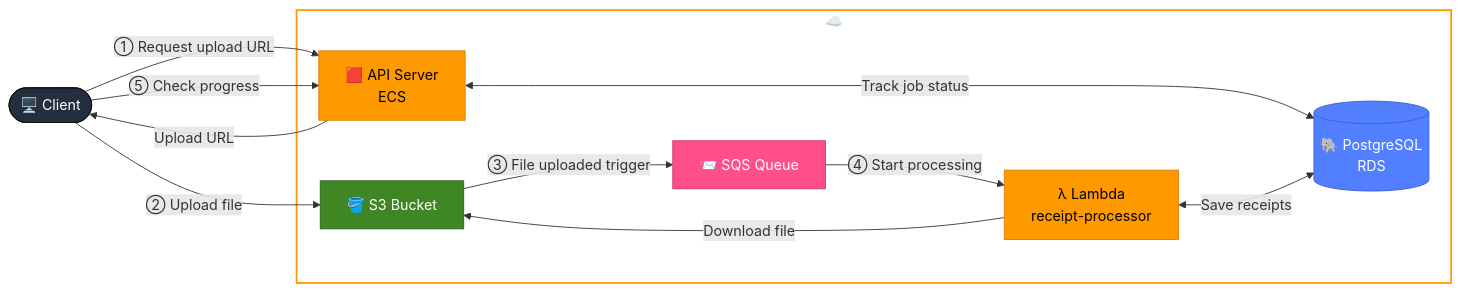
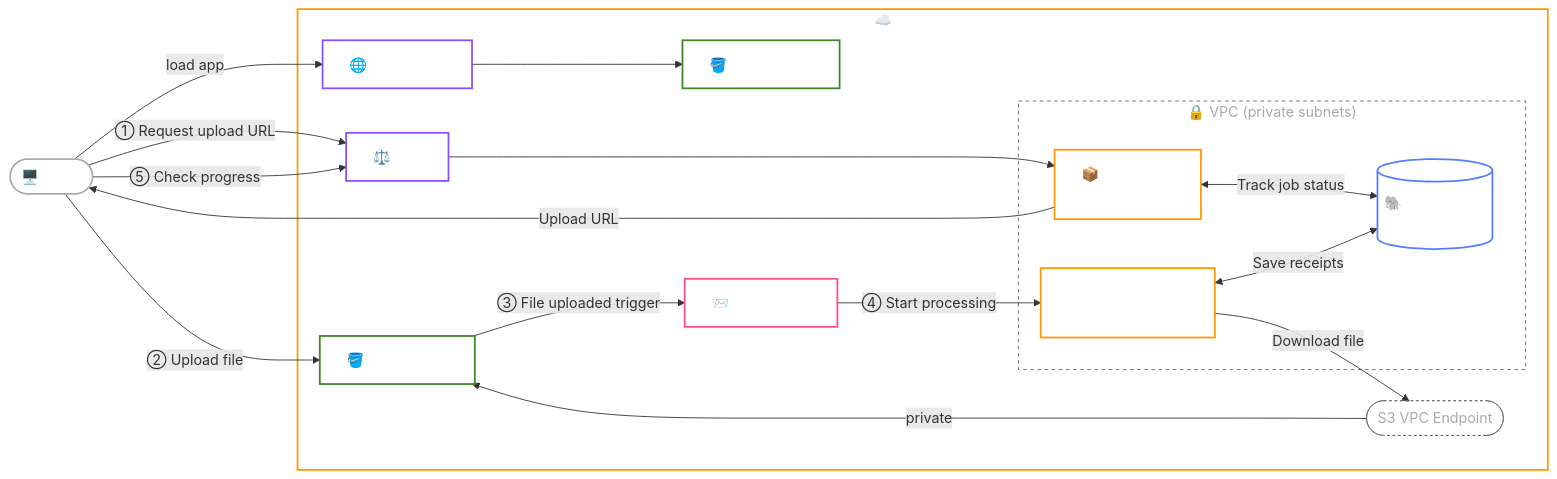
The diagram in README.md (ben-hamel/benstack-aws), drawn with Mermaid before and after one commit. The commit also changed other lines of this file, not shown here.

Commit message:
docs(readme): update architecture diagram with VPC, CloudFront, and ALB

````diff
--- a/README.md
+++ b/README.md
@@ -11,38 +11,56 @@
 ```mermaid
 flowchart LR
     Client(["🖥️ Client"])
 
     subgraph AWS["☁️ AWS Cloud"]
-        API["🟥 API Server<br/>ECS"]
-        S3["🪣 S3 Bucket"]
+        CloudFront["🌐 CloudFront"]
+        ALB["⚖️ ALB"]
+        S3Frontend["🪣 S3 Frontend"]
+        S3["🪣 S3 Receipts"]
         SQS["📨 SQS Queue"]
-        Lambda["λ Lambda<br/>receipt-processor"]
-        RDS[("🐘 PostgreSQL<br/>RDS")]
+        S3Endpoint(["S3 VPC Endpoint"])
+        subgraph VPC["🔒 VPC (private subnets)"]
+            API["📦 API Server<br/>ECS"]
+            Lambda["λ Lambda<br/>receipt-processor"]
+            RDS[("🐘 PostgreSQL<br/>RDS")]
+        end
     end
 
-    Client -->|"① Request upload URL"| API
+    Client -->|"load app"| CloudFront
+    CloudFront --> S3Frontend
+    Client -->|"① Request upload URL"| ALB
+    ALB --> API
     API -->|"Upload URL"| Client
     Client -->|"② Upload file"| S3
-    Client -->|"⑤ Check progress"| API
+    Client -->|"⑤ Check progress"| ALB
     API <-->|"Track job status"| RDS
     S3 -->|"③ File uploaded trigger"| SQS
     SQS -->|"④ Start processing"| Lambda
-    Lambda -->|"Download file"| S3
+    Lambda -->|"Download file"| S3Endpoint
+    S3Endpoint -->|"private"| S3
     Lambda <-->|"Save receipts"| RDS
 
-    classDef ecs fill:#FF9900,stroke:#E07B00,color:#000
-    classDef s3 fill:#3F8624,stroke:#2D6119,color:#fff
-    classDef sqs fill:#FF4F8B,stroke:#CC3A6E,color:#fff
-    classDef lambda fill:#FF9900,stroke:#E07B00,color:#000
-    classDef rds fill:#527FFF,stroke:#3A62CC,color:#fff
-    classDef client fill:#232F3E,stroke:#111,color:#fff
+    classDef ecs fill:none,stroke:#FF9900,stroke-width:2px,color:#fff
+    classDef s3 fill:none,stroke:#3F8624,stroke-width:2px,color:#fff
+    classDef sqs fill:none,stroke:#FF4F8B,stroke-width:2px,color:#fff
+    classDef lambda fill:none,stroke:#FF9900,stroke-width:2px,color:#fff
+    classDef rds fill:none,stroke:#527FFF,stroke-width:2px,color:#fff
+    classDef client fill:none,stroke:#aaa,stroke-width:2px,color:#fff
+    classDef alb fill:none,stroke:#8C4FFF,stroke-width:2px,color:#fff
+    classDef cdn fill:none,stroke:#8C4FFF,stroke-width:2px,color:#fff
+    classDef endpoint fill:none,stroke:#666,stroke-dasharray:3 3,color:#aaa
 
     class API ecs
     class S3 s3
     class SQS sqs
     class Lambda lambda
     class RDS rds
     class Client client
+    class ALB alb
+    class CloudFront cdn
+    class S3Frontend s3
+    class S3Endpoint endpoint
 
     style AWS fill:none,stroke:#FF9900,stroke-width:2px,color:#fff
+    style VPC fill:none,stroke:#666,stroke-width:1px,stroke-dasharray:4 4,color:#aaa
 ```
````
